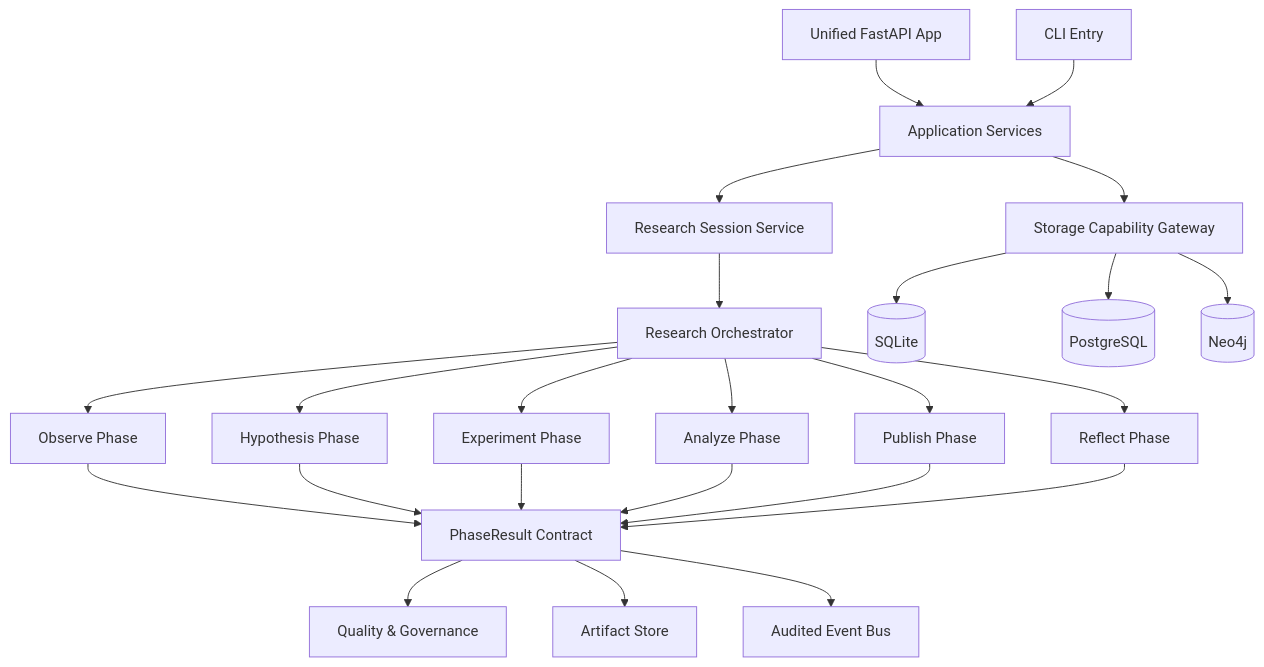
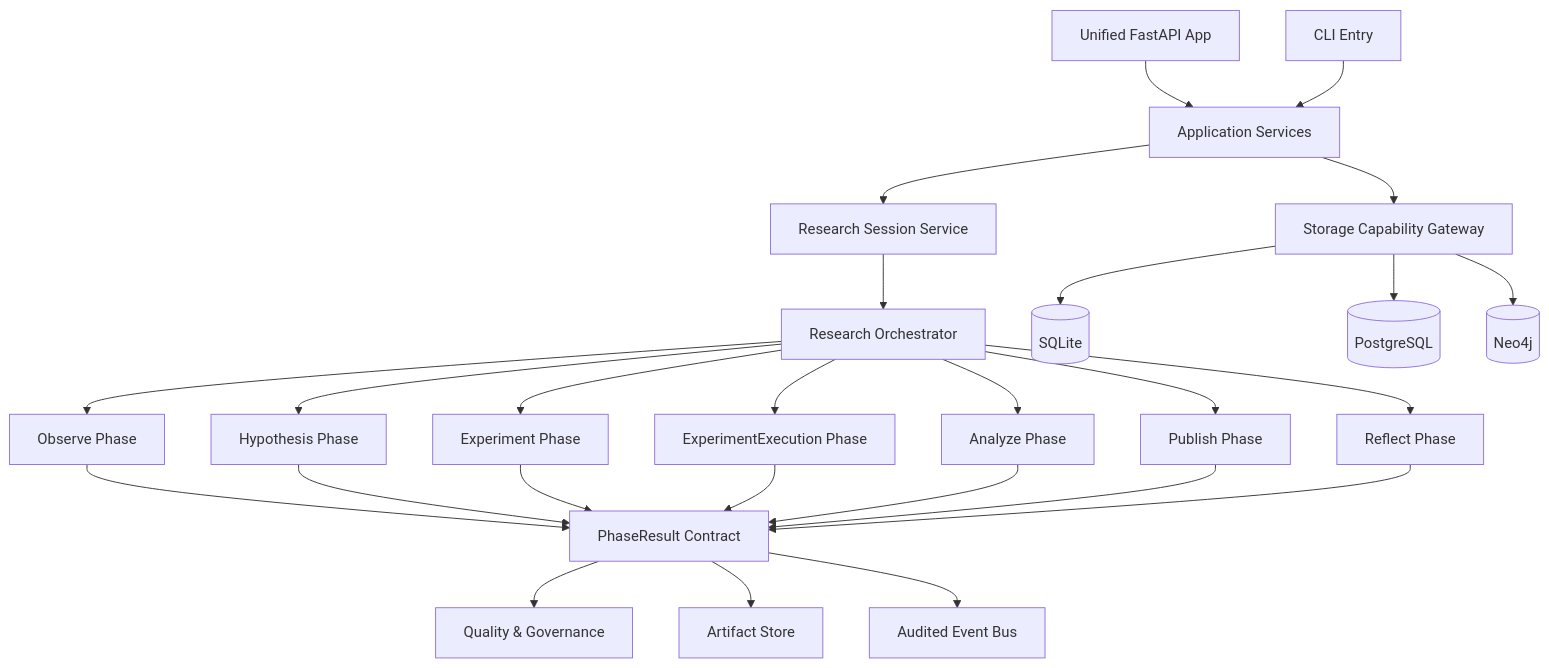
The second of 3 diagrams in ARCHITECTURE_REDESIGN_2026_04_08.md (guose1314/tcmautoresearch), drawn with Mermaid before and after one commit. The commit also changed other lines of this file and 115 other files, not shown here.

````diff
--- a/ARCHITECTURE_REDESIGN_2026_04_08.md
+++ b/ARCHITECTURE_REDESIGN_2026_04_08.md
@@ -327,31 +341,33 @@
 ```mermaid
 flowchart TB
     UI[Unified FastAPI App] --> API[Application Services]
     CLI[CLI Entry] --> API
 
     API --> Session[Research Session Service]
     Session --> Orchestrator[Research Orchestrator]
 
     Orchestrator --> Observe[Observe Phase]
     Orchestrator --> Hypothesis[Hypothesis Phase]
     Orchestrator --> Experiment[Experiment Phase]
+   Orchestrator --> ExperimentExecution[ExperimentExecution Phase]
     Orchestrator --> Analyze[Analyze Phase]
     Orchestrator --> Publish[Publish Phase]
     Orchestrator --> Reflect[Reflect Phase]
 
     Observe --> Contract[PhaseResult Contract]
     Hypothesis --> Contract
     Experiment --> Contract
+   ExperimentExecution --> Contract
     Analyze --> Contract
     Publish --> Contract
     Reflect --> Contract
 
     Contract --> Quality[Quality & Governance]
     Contract --> Artifact[Artifact Store]
     Contract --> EventBus[Audited Event Bus]
 
     API --> StorageGateway[Storage Capability Gateway]
     StorageGateway --> SQLite[(SQLite)]
     StorageGateway --> Postgres[(PostgreSQL)]
     StorageGateway --> Graph[(Neo4j)]
 ```
````
